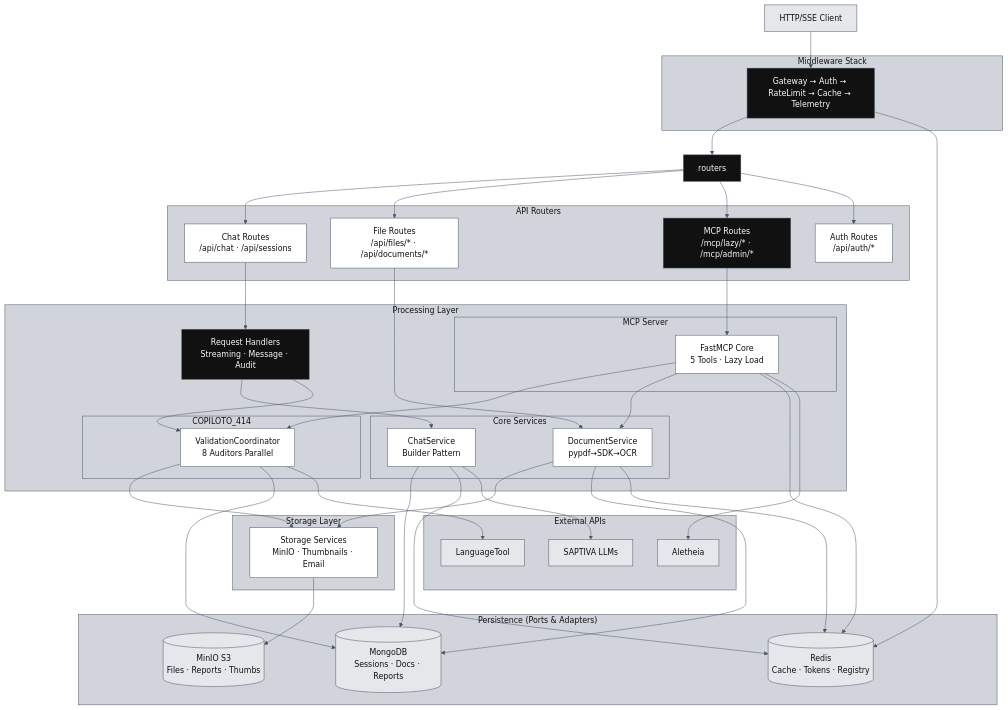
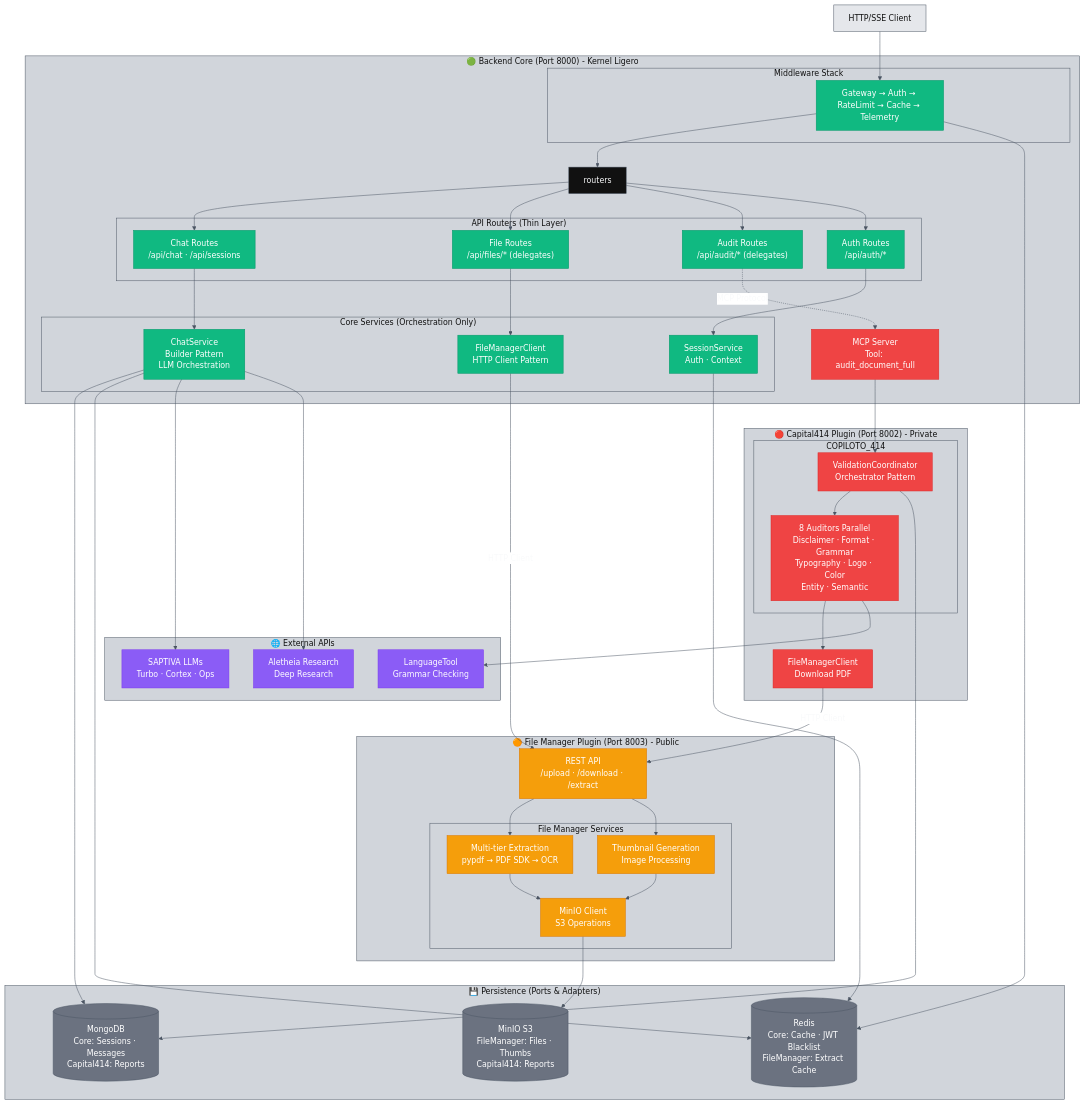
The sixth of 11 diagrams in README.md (saptiva-ai/octavios-chat), drawn with Mermaid before and after one commit. The commit also changed other lines of this file, not shown here.

First line of the commit message:
docs(README): complete Plugin-First architecture update (PHASE 2-3)

````diff
--- a/README.md
+++ b/README.md
@@ -652,83 +757,98 @@
 flowchart TB
     client[HTTP/SSE Client]:::gray --> middleware
 
-    subgraph Middleware["Middleware Stack"]
-        middleware["Gateway → Auth → RateLimit → Cache → Telemetry"]:::dark
+    subgraph BackendCore["🟢 Backend Core (Port 8000) - Kernel Ligero"]
+        subgraph Middleware["Middleware Stack"]
+            middleware["Gateway → Auth → RateLimit → Cache → Telemetry"]:::core
+        end
+
+        middleware --> routers
+
+        subgraph Routers["API Routers (Thin Layer)"]
+            chat_r["Chat Routes<br/>/api/chat · /api/sessions"]:::core
+            files_r["File Routes<br/>/api/files/* (delegates)"]:::core
+            audit_r["Audit Routes<br/>/api/audit/* (delegates)"]:::core
+            auth_r["Auth Routes<br/>/api/auth/*"]:::core
+        end
+
+        routers --> chat_r
+        routers --> files_r
+        routers --> audit_r
+        routers --> auth_r
+
+        subgraph CoreServices["Core Services (Orchestration Only)"]
+            chat_svc["ChatService<br/>Builder Pattern<br/>LLM Orchestration"]:::core
+            fm_client["FileManagerClient<br/>HTTP Client Pattern"]:::core
+            session_svc["SessionService<br/>Auth · Context"]:::core
+        end
+
+        chat_r --> chat_svc
+        files_r --> fm_client
+        audit_r -.->|"MCP Protocol"| capital414_mcp
+        auth_r --> session_svc
     end
 
-    middleware --> routers
+    subgraph FileManagerPlugin["🟠 File Manager Plugin (Port 8003) - Public"]
+        fm_api["REST API<br/>/upload · /download · /extract"]:::plugin_public
 
-    subgraph Routers["API Routers"]
-        chat_r["Chat Routes<br/>/api/chat · /api/sessions"]:::light
-        files_r["File Routes<br/>/api/files/* · /api/documents/*"]:::light
-        mcp_r["MCP Routes<br/>/mcp/lazy/* · /mcp/admin/*"]:::dark
-        auth_r["Auth Routes<br/>/api/auth/*"]:::light
+        subgraph FileManagerServices["File Manager Services"]
+            extraction["Multi-tier Extraction<br/>pypdf → PDF SDK → OCR"]:::plugin_public
+            thumbnails["Thumbnail Generation<br/>Image Processing"]:::plugin_public
+            fm_minio["MinIO Client<br/>S3 Operations"]:::plugin_public
+        end
+
+        fm_api --> extraction
+        fm_api --> thumbnails
+        extraction --> fm_minio
+        thumbnails --> fm_minio
     end
 
-    routers --> chat_r
-    routers --> files_r
-    routers --> mcp_r
-    routers --> auth_r
+    fm_client -->|"HTTP Client"| fm_api
 
-    subgraph Processing["Processing Layer"]
-        handlers["Request Handlers<br/>Streaming · Message · Audit"]:::dark
+    subgraph Capital414Plugin["🔴 Capital414 Plugin (Port 8002) - Private"]
+        capital414_mcp["MCP Server<br/>Tool: audit_document_full"]:::plugin_private
 
-        subgraph CoreServices["Core Services"]
-            chat_svc["ChatService<br/>Builder Pattern"]:::light
-            doc_svc["DocumentService<br/>pypdf→SDK→OCR"]:::light
+        subgraph COPILOTO["COPILOTO_414"]
+            validator["ValidationCoordinator<br/>Orchestrator Pattern"]:::plugin_private
+            auditores["8 Auditors Parallel<br/>Disclaimer · Format · Grammar<br/>Typography · Logo · Color<br/>Entity · Semantic"]:::plugin_private
         end
 
-        subgraph COPILOTO["COPILOTO_414"]
-            validator["ValidationCoordinator<br/>8 Auditors Parallel"]:::light
-        end
+        c414_fm_client["FileManagerClient<br/>Download PDF"]:::plugin_private
 
-        subgraph MCP["MCP Server"]
-            mcp_core["FastMCP Core<br/>5 Tools · Lazy Load"]:::light
-        end
+        capital414_mcp --> validator
+        validator --> auditores
+        auditores --> c414_fm_client
     end
 
-    chat_r --> handlers
-    files_r --> doc_svc
-    mcp_r --> mcp_core
+    c414_fm_client -->|"HTTP Client"| fm_api
 
-    handlers --> chat_svc
-    handlers --> validator
-    mcp_core --> validator
-    mcp_core --> doc_svc
-
-    subgraph Storage["Storage Layer"]
-        storage_svc["Storage Services<br/>MinIO · Thumbnails · Email"]:::light
-    end
-
-    doc_svc --> storage_svc
-    validator --> storage_svc
-
-    subgraph Persistence["Persistence (Ports & Adapters)"]
-        mongo[("MongoDB<br/>Sessions · Docs · Reports")]:::gray
-        redis[("Redis<br/>Cache · Tokens · Registry")]:::gray
-        minio[("MinIO S3<br/>Files · Reports · Thumbs")]:::gray
+    subgraph Persistence["💾 Persistence (Ports & Adapters)"]
+        mongo[("MongoDB<br/>Core: Sessions · Messages<br/>Capital414: Reports")]:::infra
+        redis[("Redis<br/>Core: Cache · JWT Blacklist<br/>FileManager: Extract Cache")]:::infra
+        minio[("MinIO S3<br/>FileManager: Files · Thumbs<br/>Capital414: Reports")]:::infra
     end
 
     chat_svc --> mongo
     chat_svc --> redis
-    doc_svc --> mongo
-    doc_svc --> redis
+    session_svc --> redis
+    middleware --> redis
+    fm_minio --> minio
     validator --> mongo
-    storage_svc --> minio
-    mcp_core --> redis
-    middleware --> redis
 
-    subgraph External["External APIs"]
-        saptiva["SAPTIVA LLMs"]:::gray
-        aletheia["Aletheia"]:::gray
-        languagetool["LanguageTool"]:::gray
+    subgraph External["🌐 External APIs"]
+        saptiva["SAPTIVA LLMs<br/>Turbo · Cortex · Ops"]:::external
+        aletheia["Aletheia Research<br/>Deep Research"]:::external
+        languagetool["LanguageTool<br/>Grammar Checking"]:::external
     end
 
     chat_svc --> saptiva
-    mcp_core --> aletheia
-    validator --> languagetool
+    chat_svc --> aletheia
+    auditores --> languagetool
 
-    classDef dark fill:#111111,stroke:#4b5563,color:#f9fafb;
-    classDef light fill:#ffffff,stroke:#4b5563,color:#111111;
+    classDef core fill:#10b981,stroke:#059669,color:#ffffff;
+    classDef plugin_public fill:#f59e0b,stroke:#d97706,color:#ffffff;
+    classDef plugin_private fill:#ef4444,stroke:#dc2626,color:#ffffff;
+    classDef external fill:#8b5cf6,stroke:#7c3aed,color:#ffffff;
+    classDef infra fill:#6b7280,stroke:#4b5563,color:#ffffff;
     classDef gray fill:#e5e7eb,stroke:#4b5563,color:#111111;
 ```
````
